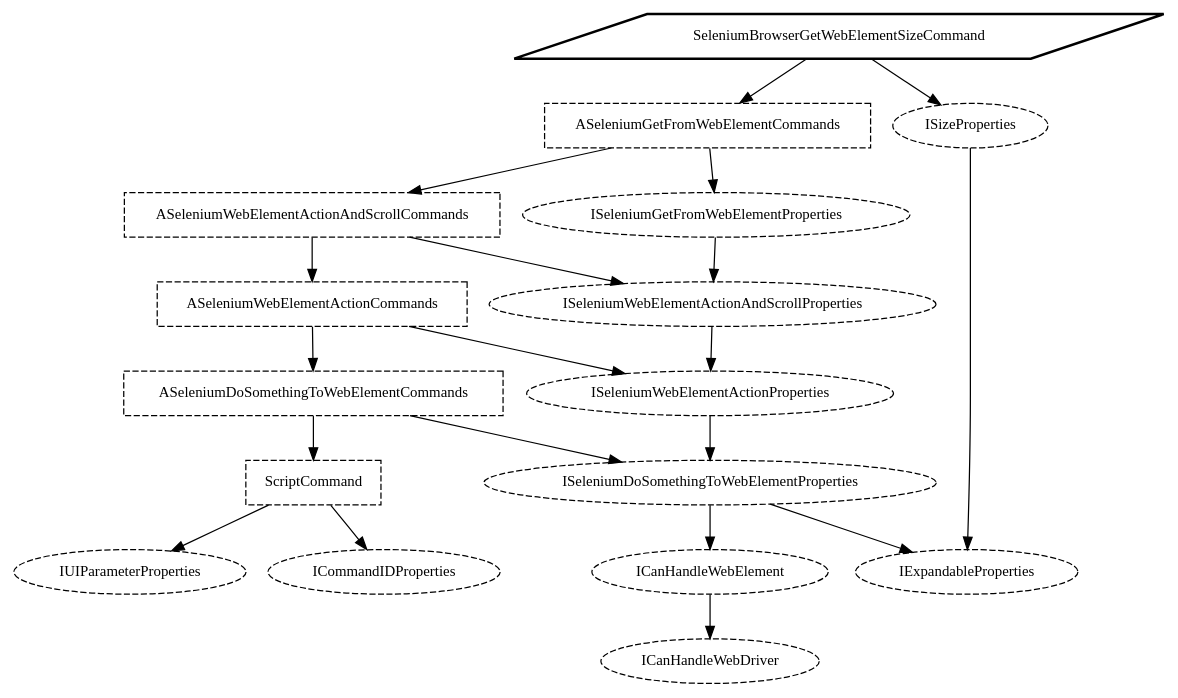
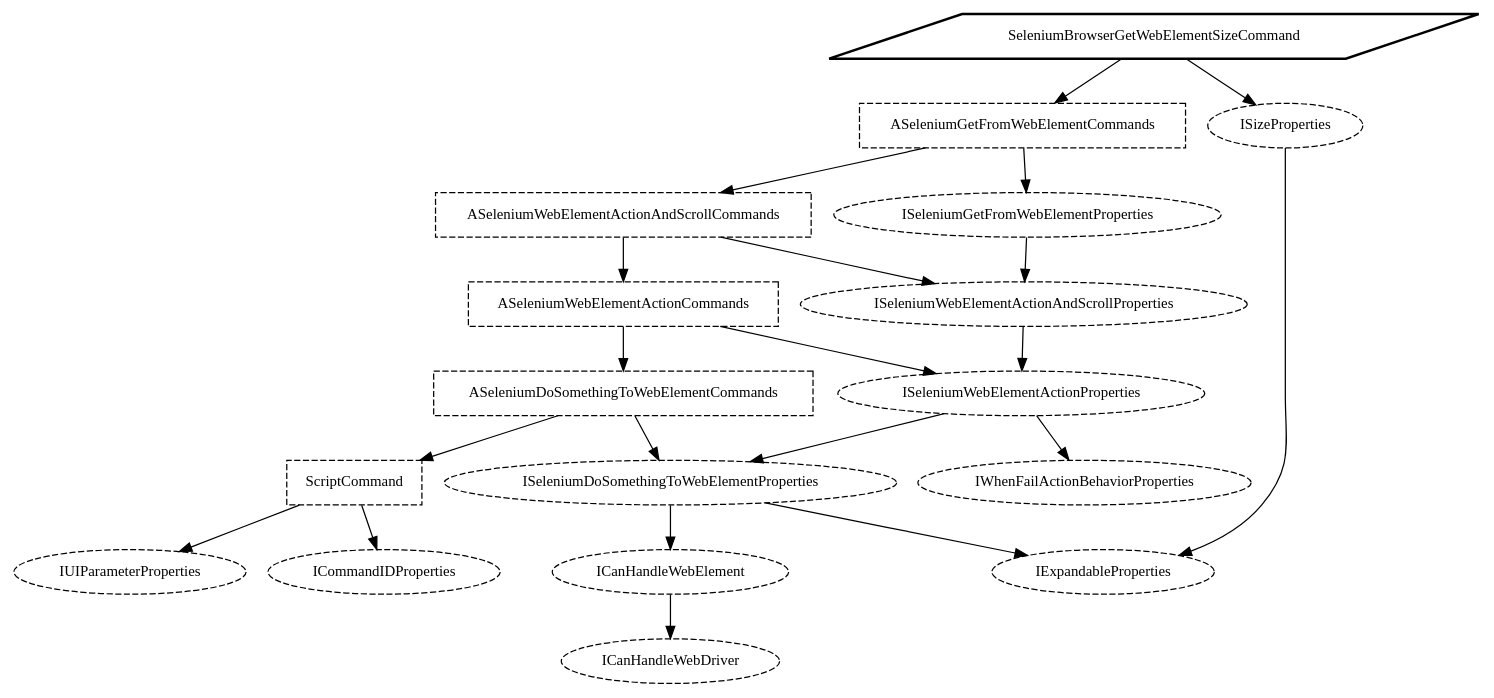
The diagram in taskt/Core/Automation/Commands/WebBrowserGroup/SeleniumBrowserGetWebElementSizeCommand.dot (saucepleez/taskt), drawn with Graphviz before and after one commit. The commit also changed 106 other files, not shown here.

```diff
--- a/taskt/Core/Automation/Commands/WebBrowserGroup/SeleniumBrowserGetWebElementSizeCommand.dot
+++ b/taskt/Core/Automation/Commands/WebBrowserGroup/SeleniumBrowserGetWebElementSizeCommand.dot
@@ -1,45 +1,47 @@
 digraph "taskt.Core.Automation.Commands.SeleniumBrowserGetWebElementSizeCommand" {
     rankdir="TB";
     node [
         shape="box",
         fontname="Meiryo UI",
         fontsize="12pt"
     ];
 
 "taskt.Core.Automation.Commands.SeleniumBrowserGetWebElementSizeCommand" [ label="SeleniumBrowserGetWebElementSizeCommand", shape="parallelogram", style="bold", ];
 "taskt.Core.Automation.Commands.WebBrowserGroup.ASeleniumGetFromWebElementCommands" [ label="ASeleniumGetFromWebElementCommands", style="dashed", ];
 "taskt.Core.Automation.Commands.ISizeProperties" [ label="ISizeProperties", shape="ellipse", style="dashed", ];
 "taskt.Core.Automation.Commands.WebBrowserGroup.ASeleniumWebElementActionAndScrollCommands" [ label="ASeleniumWebElementActionAndScrollCommands", style="dashed", ];
 "taskt.Core.Automation.Commands.WebBrowserGroup.ISeleniumGetFromWebElementProperties" [ label="ISeleniumGetFromWebElementProperties", shape="ellipse", style="dashed", ];
 "taskt.Core.Automation.Commands.IExpandableProperties" [ label="IExpandableProperties", shape="ellipse", style="dashed", ];
 "taskt.Core.Automation.Commands.WebBrowserGroup.ASeleniumWebElementActionCommands" [ label="ASeleniumWebElementActionCommands", style="dashed", ];
 "taskt.Core.Automation.Commands.WebBrowserGroup.ISeleniumWebElementActionAndScrollProperties" [ label="ISeleniumWebElementActionAndScrollProperties", shape="ellipse", style="dashed", ];
 "taskt.Core.Automation.Commands.WebBrowserGroup.ASeleniumDoSomethingToWebElementCommands" [ label="ASeleniumDoSomethingToWebElementCommands", style="dashed", ];
 "taskt.Core.Automation.Commands.WebBrowserGroup.ISeleniumWebElementActionProperties" [ label="ISeleniumWebElementActionProperties", shape="ellipse", style="dashed", ];
 "taskt.Core.Automation.Commands.ScriptCommand" [ label="ScriptCommand", style="dashed", ];
 "taskt.Core.Automation.Commands.WebBrowserGroup.ISeleniumDoSomethingToWebElementProperties" [ label="ISeleniumDoSomethingToWebElementProperties", shape="ellipse", style="dashed", ];
+"taskt.Core.Automation.Commands.IWhenFailActionBehaviorProperties" [ label="IWhenFailActionBehaviorProperties", shape="ellipse", style="dashed", ];
 "taskt.Core.Automation.Commands.IUIParameterProperties" [ label="IUIParameterProperties", shape="ellipse", style="dashed", ];
 "taskt.Core.Automation.Commands.ICommandIDProperties" [ label="ICommandIDProperties", shape="ellipse", style="dashed", ];
 "taskt.Core.Automation.Commands.WebBrowserGroup.ICanHandleWebElement" [ label="ICanHandleWebElement", shape="ellipse", style="dashed", ];
 "taskt.Core.Automation.Commands.WebBrowserGroup.ICanHandleWebDriver" [ label="ICanHandleWebDriver", shape="ellipse", style="dashed", ];
 
 "taskt.Core.Automation.Commands.SeleniumBrowserGetWebElementSizeCommand" -> "taskt.Core.Automation.Commands.WebBrowserGroup.ASeleniumGetFromWebElementCommands";
 "taskt.Core.Automation.Commands.SeleniumBrowserGetWebElementSizeCommand" -> "taskt.Core.Automation.Commands.ISizeProperties";
 "taskt.Core.Automation.Commands.WebBrowserGroup.ASeleniumGetFromWebElementCommands" -> "taskt.Core.Automation.Commands.WebBrowserGroup.ASeleniumWebElementActionAndScrollCommands";
 "taskt.Core.Automation.Commands.WebBrowserGroup.ASeleniumGetFromWebElementCommands" -> "taskt.Core.Automation.Commands.WebBrowserGroup.ISeleniumGetFromWebElementProperties";
 "taskt.Core.Automation.Commands.ISizeProperties" -> "taskt.Core.Automation.Commands.IExpandableProperties";
 "taskt.Core.Automation.Commands.WebBrowserGroup.ASeleniumWebElementActionAndScrollCommands" -> "taskt.Core.Automation.Commands.WebBrowserGroup.ASeleniumWebElementActionCommands";
 "taskt.Core.Automation.Commands.WebBrowserGroup.ASeleniumWebElementActionAndScrollCommands" -> "taskt.Core.Automation.Commands.WebBrowserGroup.ISeleniumWebElementActionAndScrollProperties";
 "taskt.Core.Automation.Commands.WebBrowserGroup.ISeleniumGetFromWebElementProperties" -> "taskt.Core.Automation.Commands.WebBrowserGroup.ISeleniumWebElementActionAndScrollProperties";
 "taskt.Core.Automation.Commands.WebBrowserGroup.ASeleniumWebElementActionCommands" -> "taskt.Core.Automation.Commands.WebBrowserGroup.ASeleniumDoSomethingToWebElementCommands";
 "taskt.Core.Automation.Commands.WebBrowserGroup.ASeleniumWebElementActionCommands" -> "taskt.Core.Automation.Commands.WebBrowserGroup.ISeleniumWebElementActionProperties";
 "taskt.Core.Automation.Commands.WebBrowserGroup.ISeleniumWebElementActionAndScrollProperties" -> "taskt.Core.Automation.Commands.WebBrowserGroup.ISeleniumWebElementActionProperties";
 "taskt.Core.Automation.Commands.WebBrowserGroup.ASeleniumDoSomethingToWebElementCommands" -> "taskt.Core.Automation.Commands.ScriptCommand";
 "taskt.Core.Automation.Commands.WebBrowserGroup.ASeleniumDoSomethingToWebElementCommands" -> "taskt.Core.Automation.Commands.WebBrowserGroup.ISeleniumDoSomethingToWebElementProperties";
 "taskt.Core.Automation.Commands.WebBrowserGroup.ISeleniumWebElementActionProperties" -> "taskt.Core.Automation.Commands.WebBrowserGroup.ISeleniumDoSomethingToWebElementProperties";
+"taskt.Core.Automation.Commands.WebBrowserGroup.ISeleniumWebElementActionProperties" -> "taskt.Core.Automation.Commands.IWhenFailActionBehaviorProperties";
 "taskt.Core.Automation.Commands.ScriptCommand" -> "taskt.Core.Automation.Commands.IUIParameterProperties";
 "taskt.Core.Automation.Commands.ScriptCommand" -> "taskt.Core.Automation.Commands.ICommandIDProperties";
 "taskt.Core.Automation.Commands.WebBrowserGroup.ISeleniumDoSomethingToWebElementProperties" -> "taskt.Core.Automation.Commands.WebBrowserGroup.ICanHandleWebElement";
 "taskt.Core.Automation.Commands.WebBrowserGroup.ISeleniumDoSomethingToWebElementProperties" -> "taskt.Core.Automation.Commands.IExpandableProperties";
 "taskt.Core.Automation.Commands.WebBrowserGroup.ICanHandleWebElement" -> "taskt.Core.Automation.Commands.WebBrowserGroup.ICanHandleWebDriver";
 }
```
